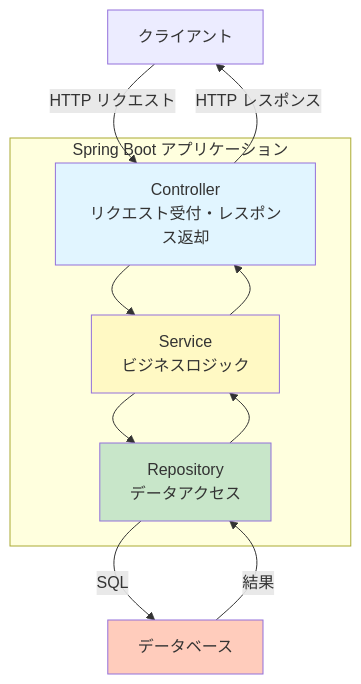
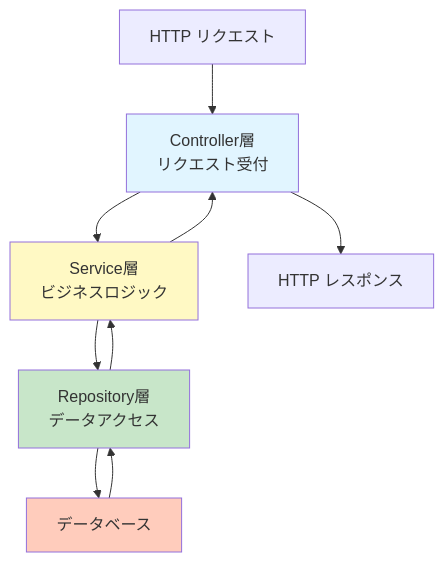
One commit to dev-fjk/web-app-sample changed the fourth of 4 diagrams in documents/lecture/webapplication.md. Above: the diagram before and after it, drawn with Mermaid. The commit also changed other lines of this file and 12 other files, not shown here.

````diff
--- a/documents/lecture/webapplication.md
+++ b/documents/lecture/webapplication.md
@@ -209,24 +145,16 @@
 ```mermaid
 graph TB
-    A[クライアント] -->|HTTP リクエスト| B
-
-    subgraph "Spring Boot アプリケーション"
-        B[Controller<br/>リクエスト受付・レスポンス返却]
-        C[Service<br/>ビジネスロジック]
-        D[Repository<br/>データアクセス]
-    end
-
-    B --> C
-    C --> D
-    D -->|SQL| E[データベース]
-    E -->|結果| D
+    A[HTTP リクエスト] --> B[Controller層<br/>リクエスト受付]
+    B --> C[Service層<br/>ビジネスロジック]
+    C --> D[Repository層<br/>データアクセス]
+    D --> E[データベース]
+    E --> D
     D --> C
     C --> B
-
-    B -->|HTTP レスポンス| A
+    B --> F[HTTP レスポンス]
 
     style B fill:#e1f5ff
     style C fill:#fff9c4
     style D fill:#c8e6c9
     style E fill:#ffccbc
 ```
````
